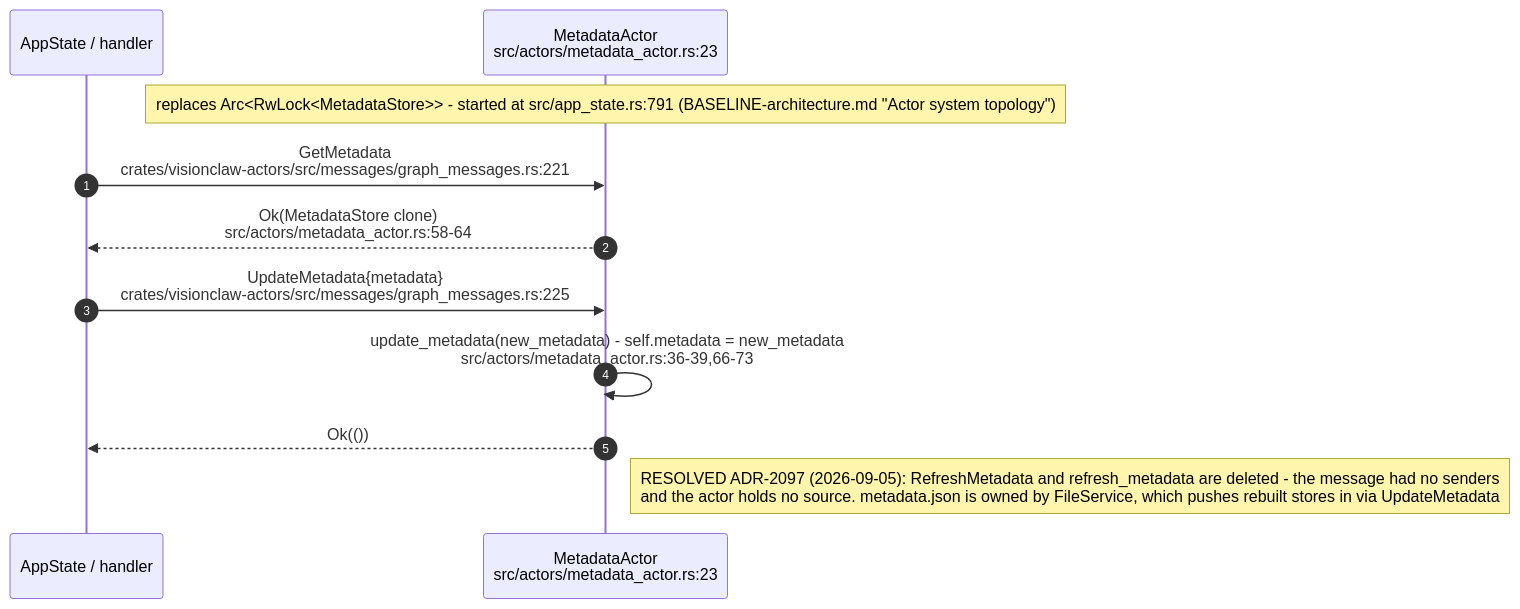
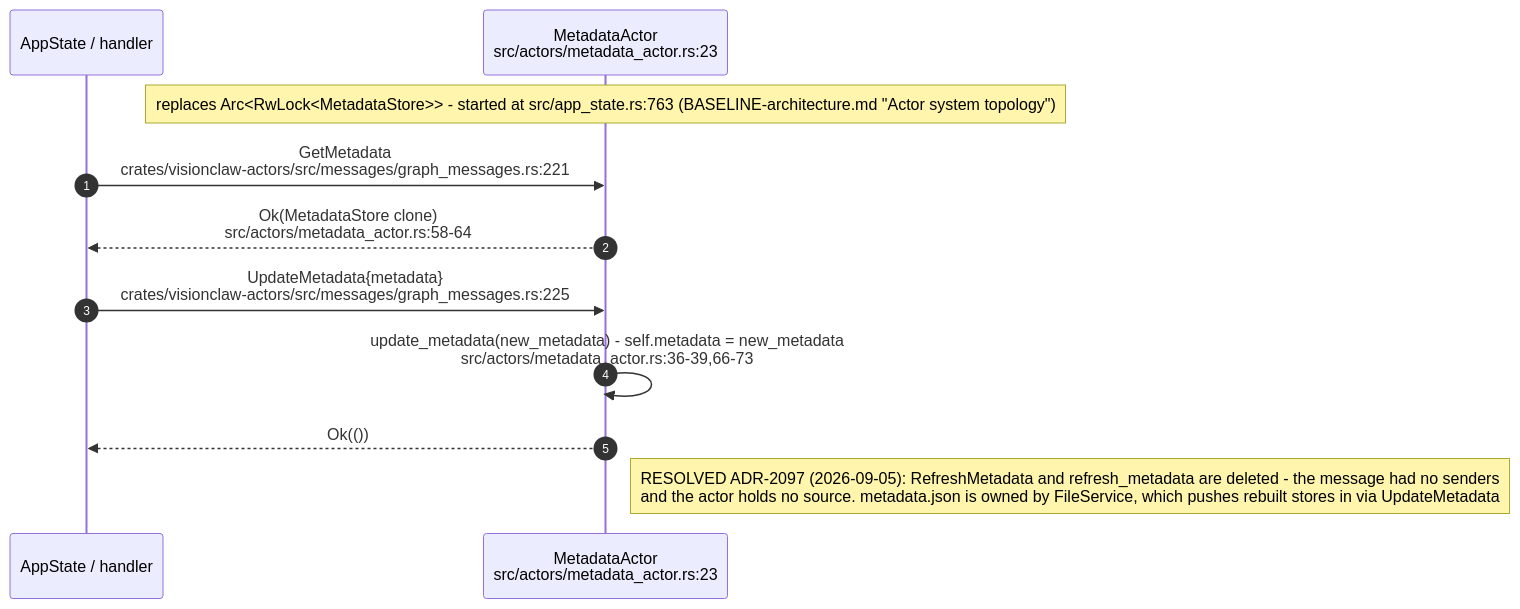
The tenth of 12 diagrams in docs/diagrams/visionclaw/25-insight-kpi-nlq-semantics.md (DreamLab-AI/VisionFlow), drawn with Mermaid before and after one commit. The commit also changed other lines of this file and 46 other files, not shown here.

Commit message:
docs(diagrams): re-verify VisionClaw topics at 809a859aa/a950f4d80 after the consolidation pass

````diff
--- a/docs/diagrams/visionclaw/25-insight-kpi-nlq-semantics.md
+++ b/docs/diagrams/visionclaw/25-insight-kpi-nlq-semantics.md
@@ -432,14 +436,14 @@
 ```mermaid
 sequenceDiagram
     autonumber
     participant Caller as AppState / handler
     participant MA as MetadataActor<br/>src/actors/metadata_actor.rs:23
 
-    Note over MA: replaces Arc<RwLock<MetadataStore>> - started at src/app_state.rs:791 (BASELINE-architecture.md "Actor system topology")
+    Note over MA: replaces Arc<RwLock<MetadataStore>> - started at src/app_state.rs:763 (BASELINE-architecture.md "Actor system topology")
     Caller->>MA: GetMetadata<br/>crates/visionclaw-actors/src/messages/graph_messages.rs:221
     MA-->>Caller: Ok(MetadataStore clone)<br/>src/actors/metadata_actor.rs:58-64
     Caller->>MA: UpdateMetadata{metadata}<br/>crates/visionclaw-actors/src/messages/graph_messages.rs:225
     MA->>MA: update_metadata(new_metadata) - self.metadata = new_metadata<br/>src/actors/metadata_actor.rs:36-39,66-73
     MA-->>Caller: Ok(())
     Note right of MA: RESOLVED ADR-2097 (2026-09-05): RefreshMetadata and refresh_metadata are deleted - the message had no senders<br/>and the actor holds no source. metadata.json is owned by FileService, which pushes rebuilt stores in via UpdateMetadata
 ```
````
